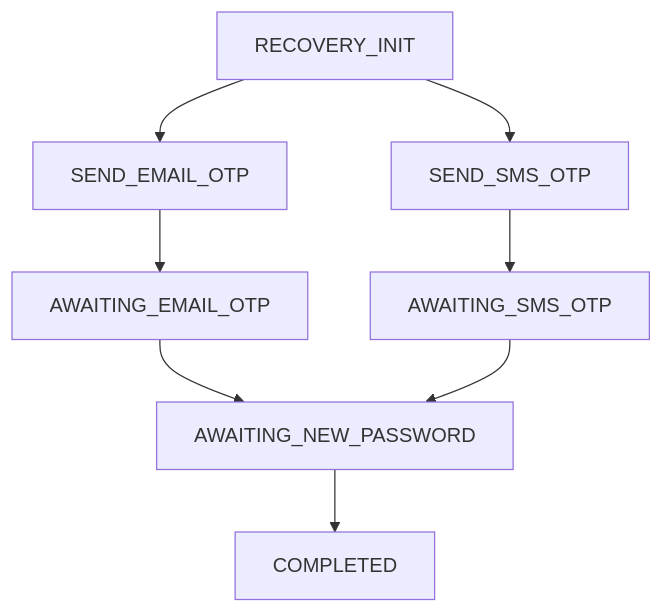
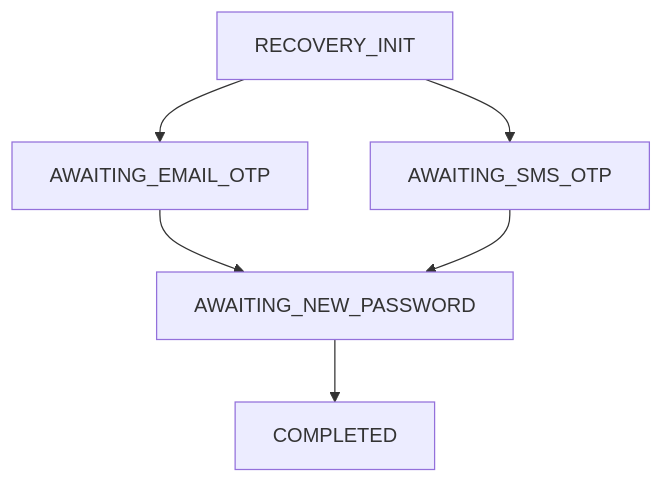
The third of 3 diagrams in apps/identity-server/docs/auth/overview.md (shadow-library/platform), drawn with Mermaid before and after one commit. The commit also changed other lines of this file and 6 other files, not shown here.

First line of the commit message:
docs: specify target architecture, data model, SDK, backlog

````diff
--- a/apps/identity-server/docs/auth/overview.md
+++ b/apps/identity-server/docs/auth/overview.md
@@ -167,10 +82,5 @@
 ```mermaid
 flowchart TB
-  RECOVERY_INIT --> SEND_SMS_OTP & SEND_EMAIL_OTP
-
-  SEND_SMS_OTP --> AWAITING_SMS_OTP
-  SEND_EMAIL_OTP --> AWAITING_EMAIL_OTP
-
-  AWAITING_EMAIL_OTP & AWAITING_SMS_OTP --> AWAITING_NEW_PASSWORD
-  AWAITING_NEW_PASSWORD --> COMPLETED
+  RECOVERY_INIT --> AWAITING_EMAIL_OTP & AWAITING_SMS_OTP
+  AWAITING_EMAIL_OTP & AWAITING_SMS_OTP --> AWAITING_NEW_PASSWORD --> COMPLETED
 ```
````
